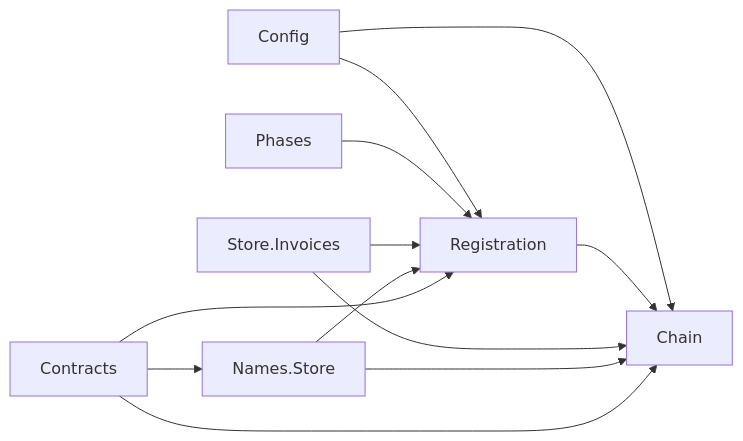
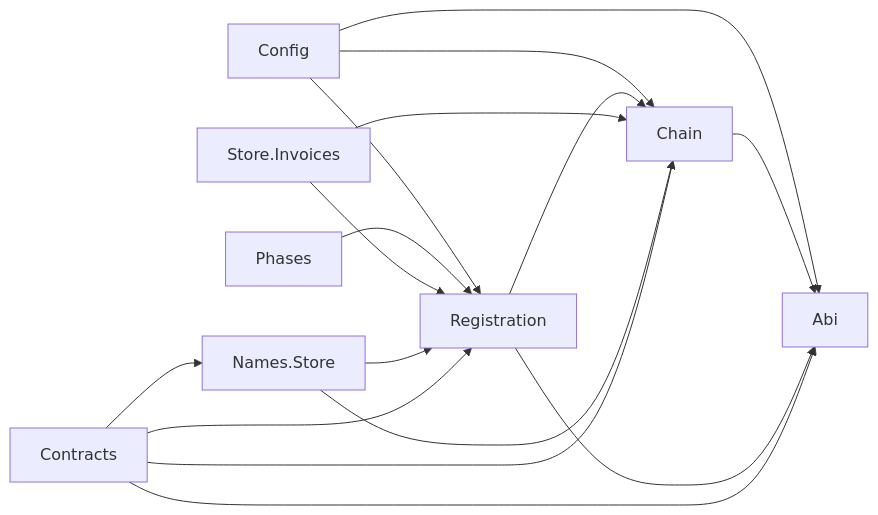
One commit to simplex-chat/simplex-chat changed the fourth of 4 diagrams in plans/2026-11-16-names-review-fixes-a2.md. Above: the diagram before and after it, drawn with Mermaid. The commit also changed other lines of this file and 21 other files, not shown here.

````diff
--- a/plans/2026-11-16-names-review-fixes-a2.md
+++ b/plans/2026-11-16-names-review-fixes-a2.md
@@ -165,14 +165,18 @@
 ```mermaid
 graph LR
+  Config --> Abi
   Config --> Chain
+  Chain --> Abi
+  Registration --> Abi
+  Contracts --> Abi
   Config --> Registration
   Registration --> Chain
   Phases --> Registration
   Invoices[Store.Invoices] --> Registration
   Invoices --> Chain
   Store[Names.Store] --> Registration
   Store --> Chain
   Contracts --> Chain
   Contracts --> Registration
   Contracts --> Store
 ```
````
